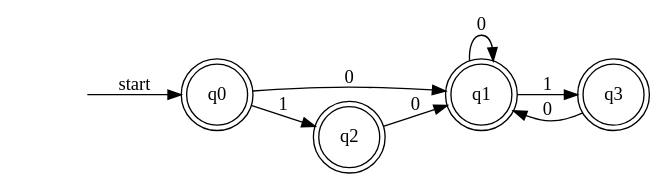
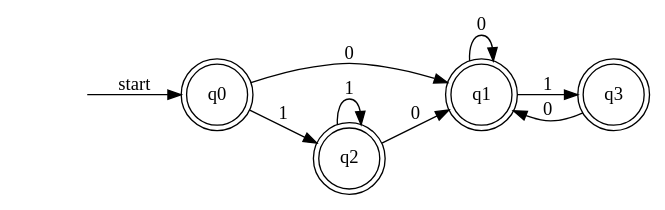
One commit to xy3xy3/CompilerTheoryAssignment changed the diagram in Theory/3/2.dot. Above: the diagram before and after it, drawn with Graphviz. The commit also changed 2 other files, not shown here.

```diff
--- a/Theory/3/2.dot
+++ b/Theory/3/2.dot
@@ -1,26 +1,28 @@
 digraph DFA {
   rankdir=LR;
   node [shape = circle];
 
   // 定义状态，带双圆的为接受状态
   start [shape=none, label=""];
   q0 [label="q0", shape=doublecircle];
   q1 [label="q1", shape=doublecircle];
   q2 [label="q2", shape=doublecircle];
   q3 [label="q3", shape=doublecircle];
 
   // 初始状态指向q0
   start -> q0 [label="start"];
 
   // 转移函数
   q0 -> q1 [label="0"];
   q0 -> q2 [label="1"];
 
   q1 -> q1 [label="0"];
   q1 -> q3 [label="1"];
 
   q2 -> q1 [label="0"];
+  q2 -> q2 [label="1"];
+
   q3 -> q1 [label="0"];
 
 
 }
```
